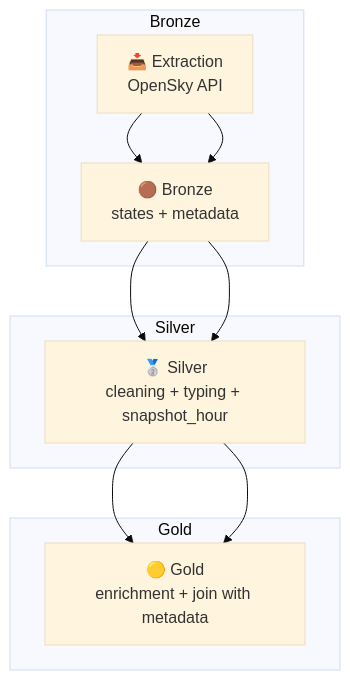
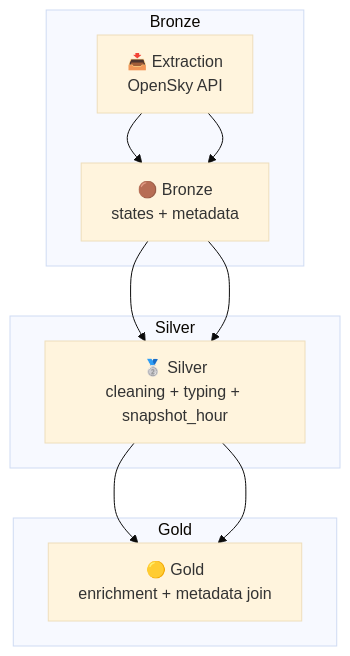
One commit to fernandezelias/ETL_OpenSky_Aviation changed the diagram in README_EN.md. Above: the diagram before and after it, drawn with Mermaid (base theme). The commit also changed other lines of this file and 1 other file, not shown here.

````diff
--- a/README_EN.md
+++ b/README_EN.md
@@ -74,19 +63,15 @@
 ```mermaid
 flowchart TD
-
 A[📥 Extraction<br>OpenSky API] --> B[🟤 Bronze<br>states + metadata]
 B --> C[🥈 Silver<br>cleaning + typing + snapshot_hour]
-C --> D[🟡 Gold<br>enrichment + join with metadata]
-
+C --> D[🟡 Gold<br>enrichment + metadata join]
 subgraph Bronze
 A --> B
 end
-
 subgraph Silver
 B --> C
 end
-
 subgraph Gold
 C --> D
 end
 ```
````
